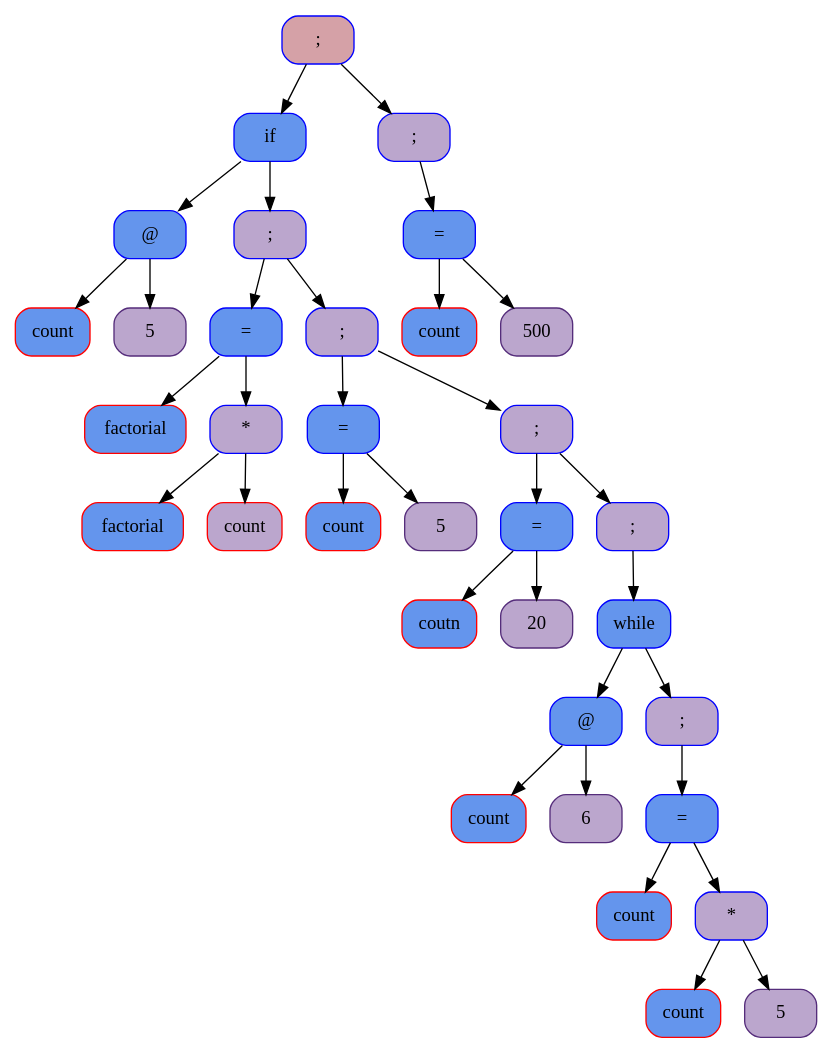
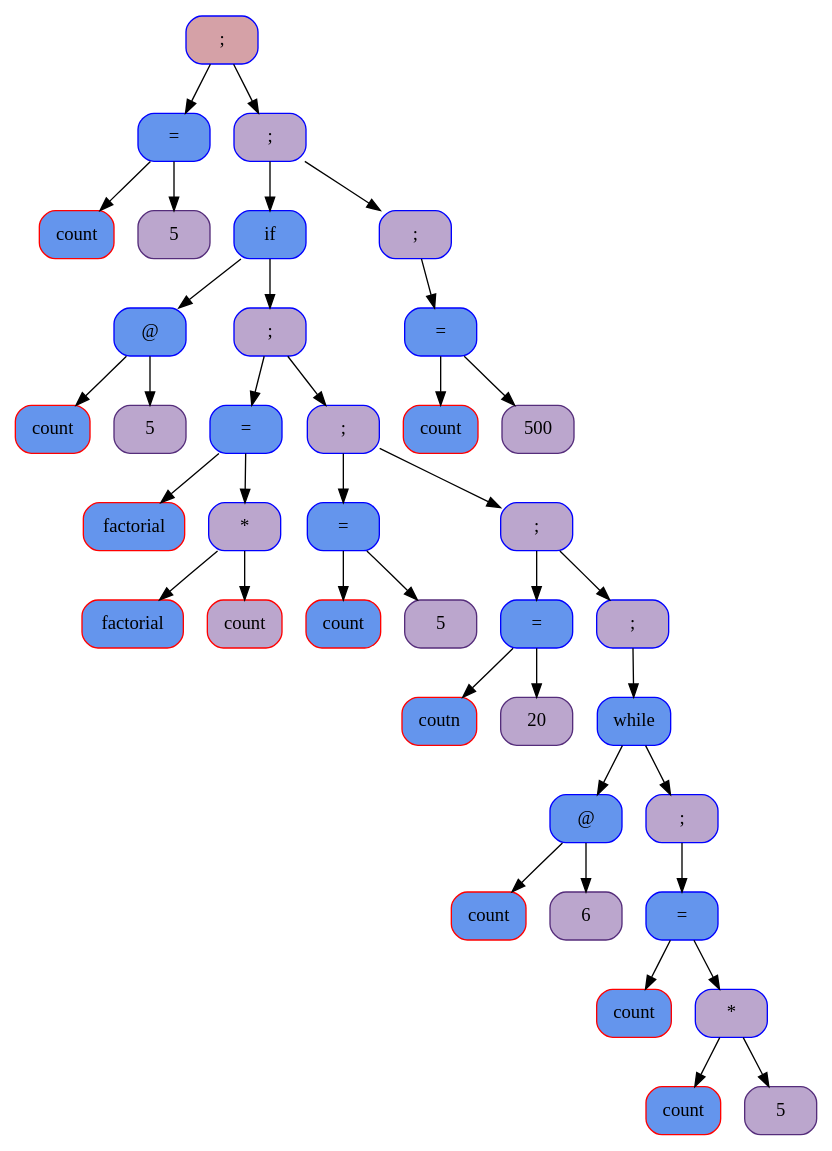
Before and after one commit to rorororom/Language: the diagram in middleend/grapth.dot, drawn with Graphviz. The commit also changed 19 other files, not shown here.

```diff
--- a/middleend/grapth.dot
+++ b/middleend/grapth.dot
@@ -1,70 +1,78 @@
 digraph tree {
 	node [shape=Mrecord, style=filled,                            fillcolor="#bba6cd", color="#552d7b"];
 1552 [shape=record, style="filled,rounded", color=" #0000ff ",                          fillcolor="#d5a1a7", fontsize=14, label=" ; "];
-	1552 -> 99328;
-99328 [shape=record, style="filled,rounded", color=" #0000ff ",                          fillcolor="#6495ed", fontsize=14, label=" if "];
-	99328 -> 99448;
-99448 [shape=record, style="filled,rounded", color=" #0000ff ",                          fillcolor="#6495ed", fontsize=14, label=" @ "];
-	99448 -> 99408;
-99408 [shape=record, style="filled,rounded", color="#FF0000",                          fillcolor="#6495ed", fontsize=14, label=" count "];
-	99448 -> 99488;
-99488 [shape=record, style="filled,rounded", color="#552d7b",                          fillcolor="#bba6cd", fontsize=14, label=" 5 "];
-	99328 -> 1616;
+	1552 -> 99368;
+99368 [shape=record, style="filled,rounded", color=" #0000ff ",                          fillcolor="#6495ed", fontsize=14, label=" = "];
+	99368 -> 99328;
+99328 [shape=record, style="filled,rounded", color="#FF0000",                          fillcolor="#6495ed", fontsize=14, label=" count "];
+	99368 -> 99408;
+99408 [shape=record, style="filled,rounded", color="#552d7b",                          fillcolor="#bba6cd", fontsize=14, label=" 5 "];
+	1552 -> 1616;
 1616 [shape=record, style="filled,rounded", color=" #0000ff ",                          fillcolor="#bba6cd", fontsize=14, label=" ; "];
-	1616 -> 99648;
-99648 [shape=record, style="filled,rounded", color=" #0000ff ",                          fillcolor="#6495ed", fontsize=14, label=" = "];
-	99648 -> 99608;
-99608 [shape=record, style="filled,rounded", color="#FF0000",                          fillcolor="#6495ed", fontsize=14, label=" factorial "];
-	99648 -> 99728;
-99728 [shape=record, style="filled,rounded", color=" #0000ff ",                          fillcolor="#bba6cd", fontsize=14, label=" * "];
-	99728 -> 99688;
-99688 [shape=record, style="filled,rounded", color="#FF0000",                          fillcolor="#6495ed", fontsize=14, label=" factorial "];
-	99728 -> 99768;
-99768 [shape=record, style="filled,rounded", color="#FF0000",                          fillcolor="#bba6cd", fontsize=14, label=" count "];
-	1616 -> 1680;
+	1616 -> 99488;
+99488 [shape=record, style="filled,rounded", color=" #0000ff ",                          fillcolor="#6495ed", fontsize=14, label=" if "];
+	99488 -> 99608;
+99608 [shape=record, style="filled,rounded", color=" #0000ff ",                          fillcolor="#6495ed", fontsize=14, label=" @ "];
+	99608 -> 99568;
+99568 [shape=record, style="filled,rounded", color="#FF0000",                          fillcolor="#6495ed", fontsize=14, label=" count "];
+	99608 -> 99648;
+99648 [shape=record, style="filled,rounded", color="#552d7b",                          fillcolor="#bba6cd", fontsize=14, label=" 5 "];
+	99488 -> 1680;
 1680 [shape=record, style="filled,rounded", color=" #0000ff ",                          fillcolor="#bba6cd", fontsize=14, label=" ; "];
-	1680 -> 99888;
-99888 [shape=record, style="filled,rounded", color=" #0000ff ",                          fillcolor="#6495ed", fontsize=14, label=" = "];
+	1680 -> 99808;
+99808 [shape=record, style="filled,rounded", color=" #0000ff ",                          fillcolor="#6495ed", fontsize=14, label=" = "];
+	99808 -> 99768;
+99768 [shape=record, style="filled,rounded", color="#FF0000",                          fillcolor="#6495ed", fontsize=14, label=" factorial "];
+	99808 -> 99888;
+99888 [shape=record, style="filled,rounded", color=" #0000ff ",                          fillcolor="#bba6cd", fontsize=14, label=" * "];
 	99888 -> 99848;
-99848 [shape=record, style="filled,rounded", color="#FF0000",                          fillcolor="#6495ed", fontsize=14, label=" count "];
+99848 [shape=record, style="filled,rounded", color="#FF0000",                          fillcolor="#6495ed", fontsize=14, label=" factorial "];
 	99888 -> 99928;
-99928 [shape=record, style="filled,rounded", color="#552d7b",                          fillcolor="#bba6cd", fontsize=14, label=" 5 "];
+99928 [shape=record, style="filled,rounded", color="#FF0000",                          fillcolor="#bba6cd", fontsize=14, label=" count "];
 	1680 -> 1744;
 1744 [shape=record, style="filled,rounded", color=" #0000ff ",                          fillcolor="#bba6cd", fontsize=14, label=" ; "];
 	1744 -> 100048;
 100048 [shape=record, style="filled,rounded", color=" #0000ff ",                          fillcolor="#6495ed", fontsize=14, label=" = "];
 	100048 -> 100008;
-100008 [shape=record, style="filled,rounded", color="#FF0000",                          fillcolor="#6495ed", fontsize=14, label=" coutn "];
-	100048 -> 100088;
-100088 [shape=record, style="filled,rounded", color="#552d7b",                          fillcolor="#bba6cd", fontsize=14, label=" 20 "];
+100008 [shape=record, style="filled,rounded", color="#FF0000",                          fillcolor="#6495ed", fontsize=14, label=" count "];
+	100048 -> 2064;
+2064 [shape=record, style="filled,rounded", color="#552d7b",                          fillcolor="#bba6cd", fontsize=14, label=" 5 "];
 	1744 -> 1808;
 1808 [shape=record, style="filled,rounded", color=" #0000ff ",                          fillcolor="#bba6cd", fontsize=14, label=" ; "];
-	1808 -> 100168;
-100168 [shape=record, style="filled,rounded", color=" #0000ff ",                          fillcolor="#6495ed", fontsize=14, label=" while "];
-	100168 -> 100288;
-100288 [shape=record, style="filled,rounded", color=" #0000ff ",                          fillcolor="#6495ed", fontsize=14, label=" @ "];
-	100288 -> 100248;
-100248 [shape=record, style="filled,rounded", color="#FF0000",                          fillcolor="#6495ed", fontsize=14, label=" count "];
-	100288 -> 100328;
-100328 [shape=record, style="filled,rounded", color="#552d7b",                          fillcolor="#bba6cd", fontsize=14, label=" 6 "];
-	100168 -> 1872;
+	1808 -> 100368;
+100368 [shape=record, style="filled,rounded", color=" #0000ff ",                          fillcolor="#6495ed", fontsize=14, label=" = "];
+	100368 -> 100328;
+100328 [shape=record, style="filled,rounded", color="#FF0000",                          fillcolor="#6495ed", fontsize=14, label=" coutn "];
+	100368 -> 100488;
+100488 [shape=record, style="filled,rounded", color="#552d7b",                          fillcolor="#bba6cd", fontsize=14, label=" 20 "];
+	1808 -> 1872;
 1872 [shape=record, style="filled,rounded", color=" #0000ff ",                          fillcolor="#bba6cd", fontsize=14, label=" ; "];
-	1872 -> 100488;
-100488 [shape=record, style="filled,rounded", color=" #0000ff ",                          fillcolor="#6495ed", fontsize=14, label=" = "];
-	100488 -> 100448;
-100448 [shape=record, style="filled,rounded", color="#FF0000",                          fillcolor="#6495ed", fontsize=14, label=" count "];
-	100488 -> 100568;
-100568 [shape=record, style="filled,rounded", color=" #0000ff ",                          fillcolor="#bba6cd", fontsize=14, label=" * "];
-	100568 -> 100528;
-100528 [shape=record, style="filled,rounded", color="#FF0000",                          fillcolor="#6495ed", fontsize=14, label=" count "];
-	100568 -> 100608;
-100608 [shape=record, style="filled,rounded", color="#552d7b",                          fillcolor="#bba6cd", fontsize=14, label=" 5 "];
-	1552 -> 1936;
+	1872 -> 100568;
+100568 [shape=record, style="filled,rounded", color=" #0000ff ",                          fillcolor="#6495ed", fontsize=14, label=" while "];
+	100568 -> 100688;
+100688 [shape=record, style="filled,rounded", color=" #0000ff ",                          fillcolor="#6495ed", fontsize=14, label=" @ "];
+	100688 -> 100648;
+100648 [shape=record, style="filled,rounded", color="#FF0000",                          fillcolor="#6495ed", fontsize=14, label=" count "];
+	100688 -> 100728;
+100728 [shape=record, style="filled,rounded", color="#552d7b",                          fillcolor="#bba6cd", fontsize=14, label=" 6 "];
+	100568 -> 1936;
 1936 [shape=record, style="filled,rounded", color=" #0000ff ",                          fillcolor="#bba6cd", fontsize=14, label=" ; "];
-	1936 -> 100808;
-100808 [shape=record, style="filled,rounded", color=" #0000ff ",                          fillcolor="#6495ed", fontsize=14, label=" = "];
-	100808 -> 100768;
-100768 [shape=record, style="filled,rounded", color="#FF0000",                          fillcolor="#6495ed", fontsize=14, label=" count "];
-	100808 -> 100848;
-100848 [shape=record, style="filled,rounded", color="#552d7b",                          fillcolor="#bba6cd", fontsize=14, label=" 500 "];
+	1936 -> 100888;
+100888 [shape=record, style="filled,rounded", color=" #0000ff ",                          fillcolor="#6495ed", fontsize=14, label=" = "];
+	100888 -> 100848;
+100848 [shape=record, style="filled,rounded", color="#FF0000",                          fillcolor="#6495ed", fontsize=14, label=" count "];
+	100888 -> 100968;
+100968 [shape=record, style="filled,rounded", color=" #0000ff ",                          fillcolor="#bba6cd", fontsize=14, label=" * "];
+	100968 -> 100928;
+100928 [shape=record, style="filled,rounded", color="#FF0000",                          fillcolor="#6495ed", fontsize=14, label=" count "];
+	100968 -> 101008;
+101008 [shape=record, style="filled,rounded", color="#552d7b",                          fillcolor="#bba6cd", fontsize=14, label=" 5 "];
+	1616 -> 2000;
+2000 [shape=record, style="filled,rounded", color=" #0000ff ",                          fillcolor="#bba6cd", fontsize=14, label=" ; "];
+	2000 -> 101208;
+101208 [shape=record, style="filled,rounded", color=" #0000ff ",                          fillcolor="#6495ed", fontsize=14, label=" = "];
+	101208 -> 101168;
+101168 [shape=record, style="filled,rounded", color="#FF0000",                          fillcolor="#6495ed", fontsize=14, label=" count "];
+	101208 -> 101248;
+101248 [shape=record, style="filled,rounded", color="#552d7b",                          fillcolor="#bba6cd", fontsize=14, label=" 500 "];
 }
```
